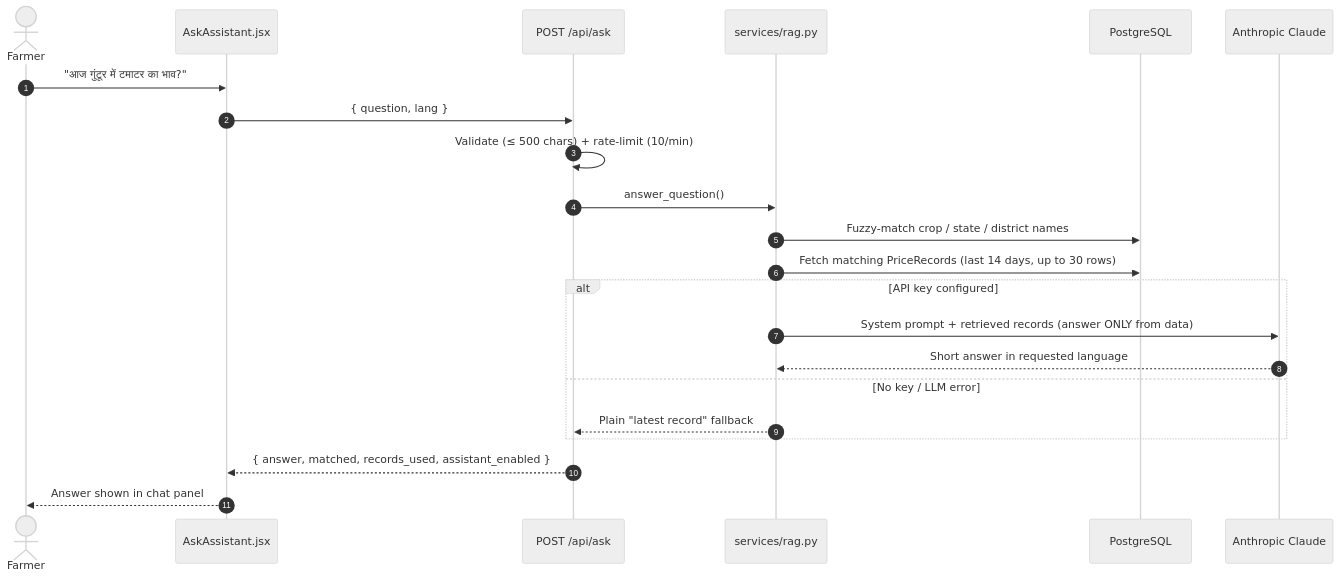
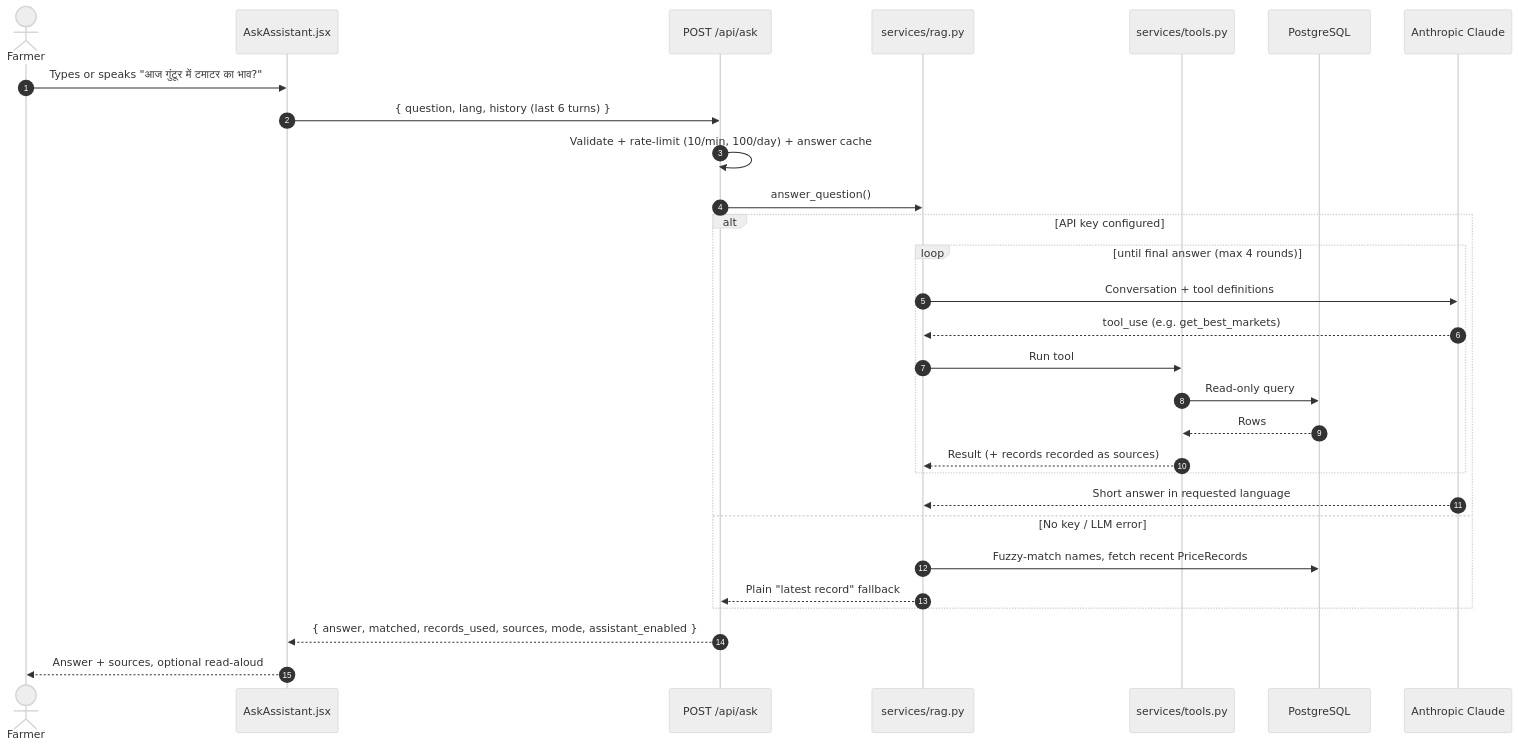
The third of 5 diagrams in README.md (baluabs6/mandi-price-app), drawn with Mermaid (neutral theme) before and after one commit. The commit also changed other lines of this file and 11 other files, not shown here.

````diff
--- a/README.md
+++ b/README.md
@@ -107,25 +107,32 @@
 ```mermaid
 sequenceDiagram
     autonumber
     actor U as Farmer
     participant FE as AskAssistant.jsx
     participant API as POST /api/ask
     participant RAG as services/rag.py
+    participant T as services/tools.py
     participant DB as PostgreSQL
     participant LLM as Anthropic Claude
 
-    U->>FE: "आज गुंटूर में टमाटर का भाव?"
-    FE->>API: { question, lang }
-    API->>API: Validate (≤ 500 chars) + rate-limit (10/min)
+    U->>FE: Types or speaks "आज गुंटूर में टमाटर का भाव?"
+    FE->>API: { question, lang, history (last 6 turns) }
+    API->>API: Validate + rate-limit (10/min, 100/day) + answer cache
     API->>RAG: answer_question()
-    RAG->>DB: Fuzzy-match crop / state / district names
-    RAG->>DB: Fetch matching PriceRecords (last 14 days, up to 30 rows)
     alt API key configured
-        RAG->>LLM: System prompt + retrieved records (answer ONLY from data)
+        loop until final answer (max 4 rounds)
+            RAG->>LLM: Conversation + tool definitions
+            LLM-->>RAG: tool_use (e.g. get_best_markets)
+            RAG->>T: Run tool
+            T->>DB: Read-only query
+            DB-->>T: Rows
+            T-->>RAG: Result (+ records recorded as sources)
+        end
         LLM-->>RAG: Short answer in requested language
     else No key / LLM error
+        RAG->>DB: Fuzzy-match names, fetch recent PriceRecords
         RAG-->>API: Plain "latest record" fallback
     end
-    API-->>FE: { answer, matched, records_used, assistant_enabled }
-    FE-->>U: Answer shown in chat panel
+    API-->>FE: { answer, matched, records_used, sources, mode, assistant_enabled }
+    FE-->>U: Answer + sources, optional read-aloud
 ```
````
